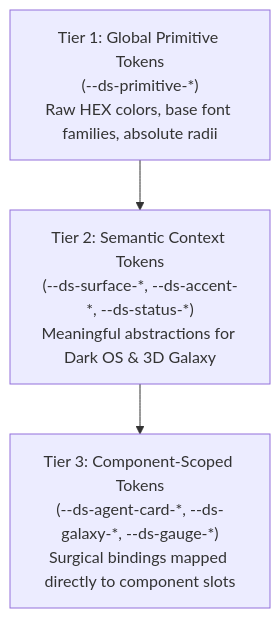
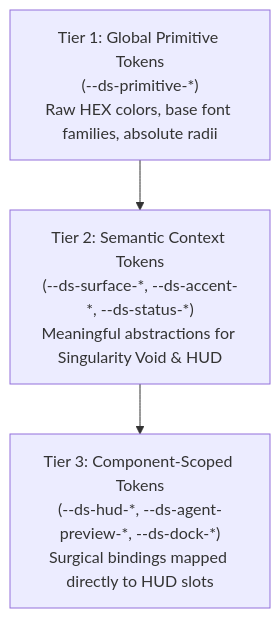
The diagram in .antigravity/blueprint/04_BRIEFING_AND_DESIGN_SYSTEM.md (code-thiago/kalinar-agent-galaxy-os), drawn with Mermaid before and after one commit. The commit also changed other lines of this file and 5 other files, not shown here.

Commit message:
feat(design): upgrade blueprint to kalinar black hole singularity and lavender hud [v0.0.2-singularity]

````diff
--- a/.antigravity/blueprint/04_BRIEFING_AND_DESIGN_SYSTEM.md
+++ b/.antigravity/blueprint/04_BRIEFING_AND_DESIGN_SYSTEM.md
@@ -51,8 +65,8 @@
 ```mermaid
 flowchart TD
     Tier1["Tier 1: Global Primitive Tokens<br/>(--ds-primitive-*)<br/>Raw HEX colors, base font families, absolute radii"]
-    Tier2["Tier 2: Semantic Context Tokens<br/>(--ds-surface-*, --ds-accent-*, --ds-status-*)<br/>Meaningful abstractions for Dark OS & 3D Galaxy"]
-    Tier3["Tier 3: Component-Scoped Tokens<br/>(--ds-agent-card-*, --ds-galaxy-*, --ds-gauge-*)<br/>Surgical bindings mapped directly to component slots"]
+    Tier2["Tier 2: Semantic Context Tokens<br/>(--ds-surface-*, --ds-accent-*, --ds-status-*)<br/>Meaningful abstractions for Singularity Void & HUD"]
+    Tier3["Tier 3: Component-Scoped Tokens<br/>(--ds-hud-*, --ds-agent-preview-*, --ds-dock-*)<br/>Surgical bindings mapped directly to HUD slots"]
 
     Tier1 --> Tier2 --> Tier3
 ```
````
